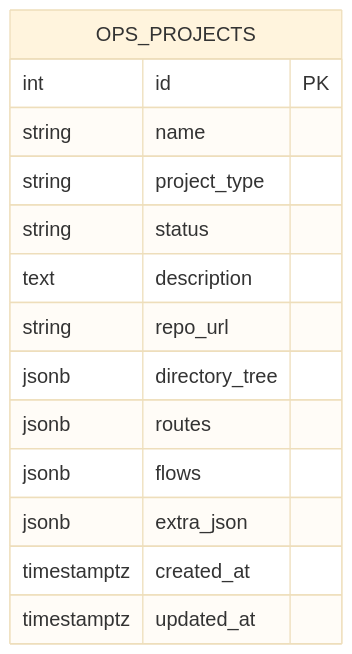
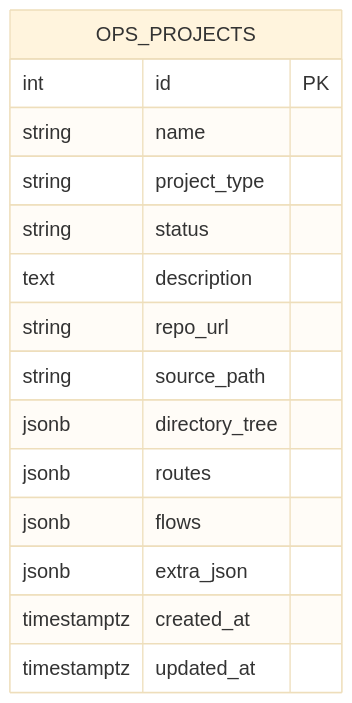
One commit to InsectYan/admin-management-station changed the second of 3 diagrams in project-sub/ops-sub/docs/架构关系图.md. Above: the diagram before and after it, drawn with Mermaid. The commit also changed other lines of this file and 35 other files, not shown here.

````diff
--- a/project-sub/ops-sub/docs/架构关系图.md
+++ b/project-sub/ops-sub/docs/架构关系图.md
@@ -52,18 +60,19 @@
 ```mermaid
 %%{init: {'theme':'base', 'themeVariables': {'fontSize':'20px'}}}%%
 erDiagram
     OPS_PROJECTS {
       int id PK
       string name
       string project_type
       string status
       text description
       string repo_url
+      string source_path
       jsonb directory_tree
       jsonb routes
       jsonb flows
       jsonb extra_json
       timestamptz created_at
       timestamptz updated_at
     }
 ```
````
